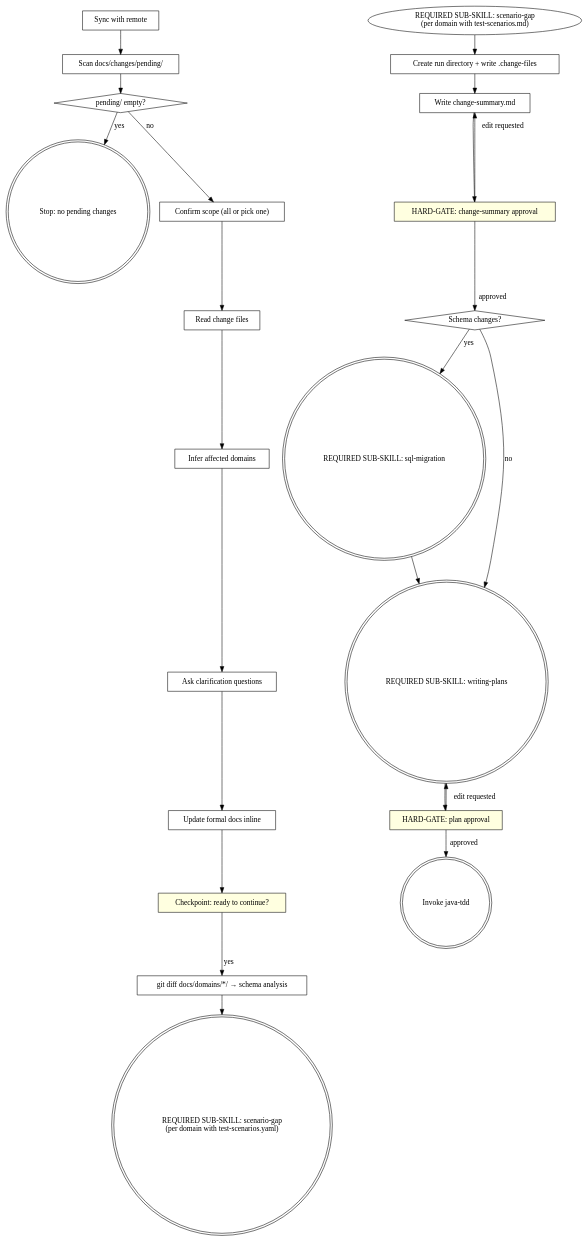
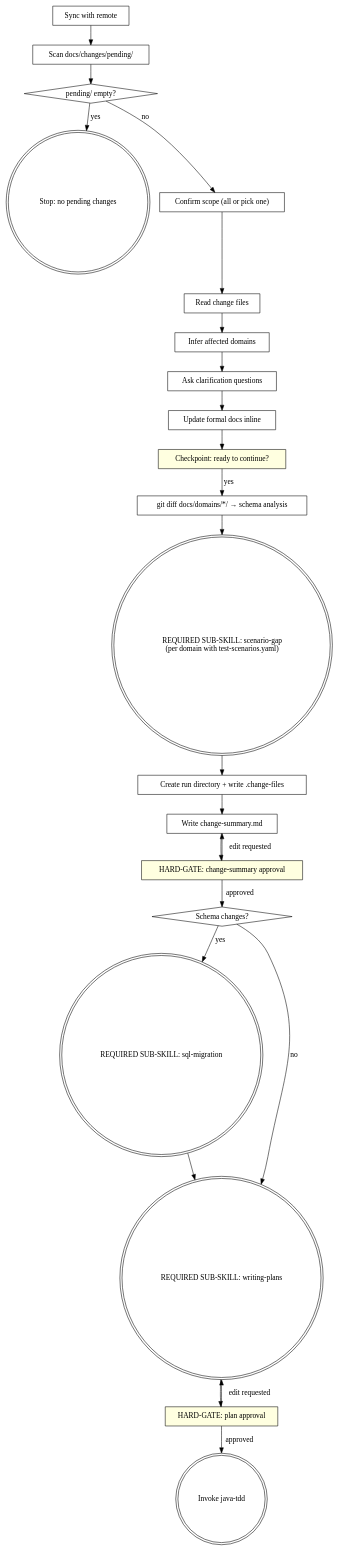
Before and after one commit to honghaowuu/jkit: the diagram in skills/spec-delta/SKILL.md, drawn with Graphviz.

Commit message:
fix: update last stale test-scenarios.md reference in dot-graph edge

````diff
--- a/skills/spec-delta/SKILL.md
+++ b/skills/spec-delta/SKILL.md
@@ -30,47 +30,47 @@
 ```dot
 digraph spec_delta {
     "Sync with remote" [shape=box];
     "Scan docs/changes/pending/" [shape=box];
     "pending/ empty?" [shape=diamond];
     "Stop: no pending changes" [shape=doublecircle];
     "Confirm scope (all or pick one)" [shape=box];
     "Read change files" [shape=box];
     "Infer affected domains" [shape=box];
     "Ask clarification questions" [shape=box];
     "Update formal docs inline" [shape=box];
     "Checkpoint: ready to continue?" [shape=box style=filled fillcolor=lightyellow];
     "git diff docs/domains/*/ → schema analysis" [shape=box];
     "REQUIRED SUB-SKILL: scenario-gap\n(per domain with test-scenarios.yaml)" [shape=doublecircle];
     "Create run directory + write .change-files" [shape=box];
     "Write change-summary.md" [shape=box];
     "HARD-GATE: change-summary approval" [shape=box style=filled fillcolor=lightyellow];
     "Schema changes?" [shape=diamond];
     "REQUIRED SUB-SKILL: sql-migration" [shape=doublecircle];
     "REQUIRED SUB-SKILL: writing-plans" [shape=doublecircle];
     "HARD-GATE: plan approval" [shape=box style=filled fillcolor=lightyellow];
     "Invoke java-tdd" [shape=doublecircle];
 
     "Sync with remote" -> "Scan docs/changes/pending/";
     "Scan docs/changes/pending/" -> "pending/ empty?";
     "pending/ empty?" -> "Stop: no pending changes" [label="yes"];
     "pending/ empty?" -> "Confirm scope (all or pick one)" [label="no"];
     "Confirm scope (all or pick one)" -> "Read change files";
     "Read change files" -> "Infer affected domains";
     "Infer affected domains" -> "Ask clarification questions";
     "Ask clarification questions" -> "Update formal docs inline";
     "Update formal docs inline" -> "Checkpoint: ready to continue?";
     "Checkpoint: ready to continue?" -> "git diff docs/domains/*/ → schema analysis" [label="yes"];
     "git diff docs/domains/*/ → schema analysis" -> "REQUIRED SUB-SKILL: scenario-gap\n(per domain with test-scenarios.yaml)";
-    "REQUIRED SUB-SKILL: scenario-gap\n(per domain with test-scenarios.md)" -> "Create run directory + write .change-files";
+    "REQUIRED SUB-SKILL: scenario-gap\n(per domain with test-scenarios.yaml)" -> "Create run directory + write .change-files";
     "Create run directory + write .change-files" -> "Write change-summary.md";
     "Write change-summary.md" -> "HARD-GATE: change-summary approval";
     "HARD-GATE: change-summary approval" -> "Write change-summary.md" [label="edit requested"];
     "HARD-GATE: change-summary approval" -> "Schema changes?" [label="approved"];
     "Schema changes?" -> "REQUIRED SUB-SKILL: sql-migration" [label="yes"];
     "Schema changes?" -> "REQUIRED SUB-SKILL: writing-plans" [label="no"];
     "REQUIRED SUB-SKILL: sql-migration" -> "REQUIRED SUB-SKILL: writing-plans";
     "REQUIRED SUB-SKILL: writing-plans" -> "HARD-GATE: plan approval";
     "HARD-GATE: plan approval" -> "Invoke java-tdd" [label="approved"];
     "HARD-GATE: plan approval" -> "REQUIRED SUB-SKILL: writing-plans" [label="edit requested"];
 }
 ```
````
